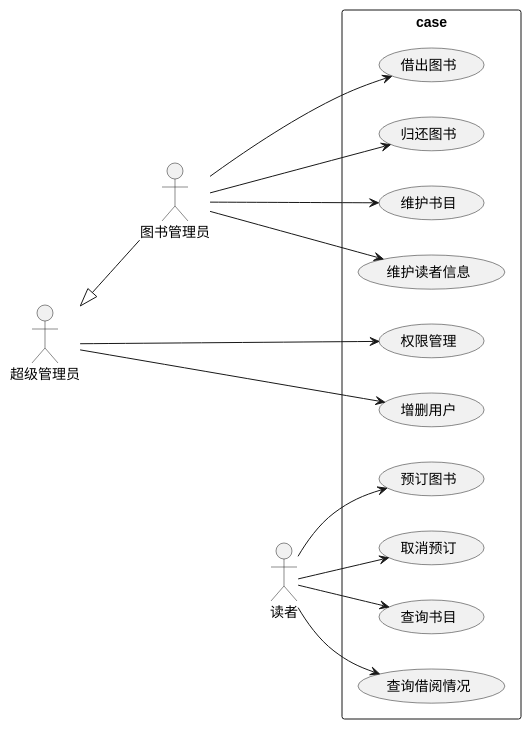
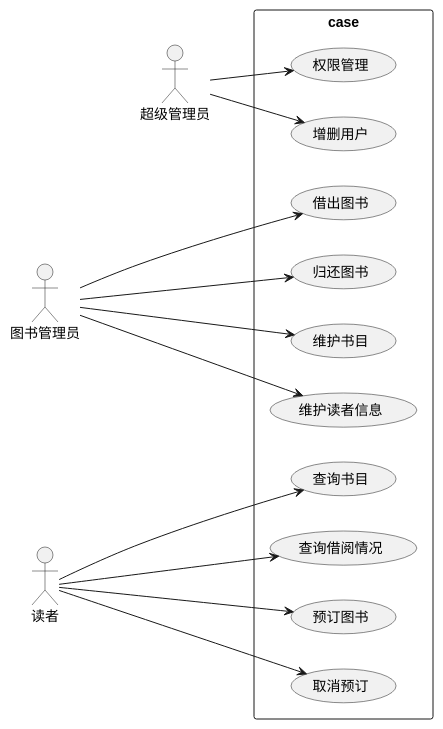
The first of 3 diagrams in test2/README.md (LiYundong593/is_analysis), drawn with PlantUML before and after one commit. The commit also changed other lines of this file, not shown here.

````diff
--- a/test2/README.md
+++ b/test2/README.md
@@ -9,25 +9,24 @@
 ```PlantUML
 @startuml
 left to right direction
 
 :超级管理员: as Root
 :图书管理员: as Admin
 :读者: as Reader
-Root <|-- Admin
 
 rectangle case{
 Root --> (权限管理)
 Root --> (增删用户)
 
 Admin ---> (借出图书)
 Admin ---> (归还图书)
 Admin ---> (维护书目)
 Admin ---> (维护读者信息)
 
-Reader --> (查询书目)
-Reader --> (查询借阅情况)
-Reader --> (预订图书)
-Reader --> (取消预订)
+Reader ---> (查询书目)
+Reader ---> (查询借阅情况)
+Reader ---> (预订图书)
+Reader ---> (取消预订)
 }
 @enduml
 ```
````
